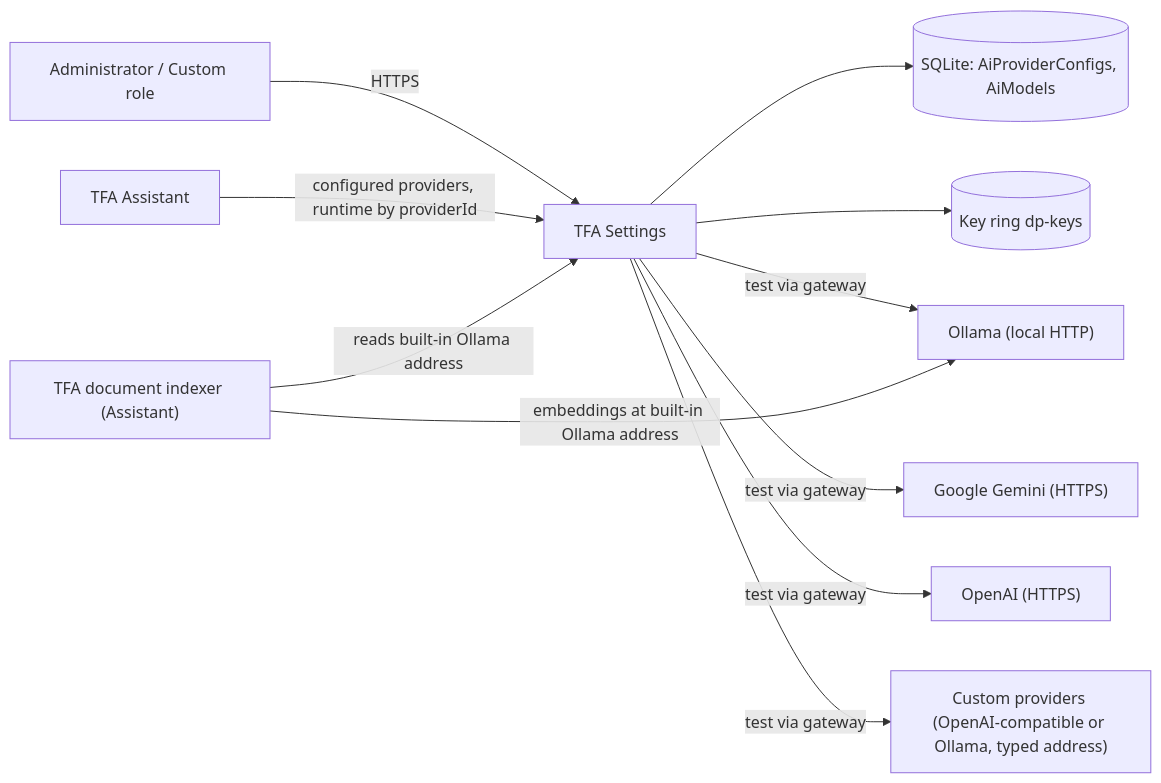
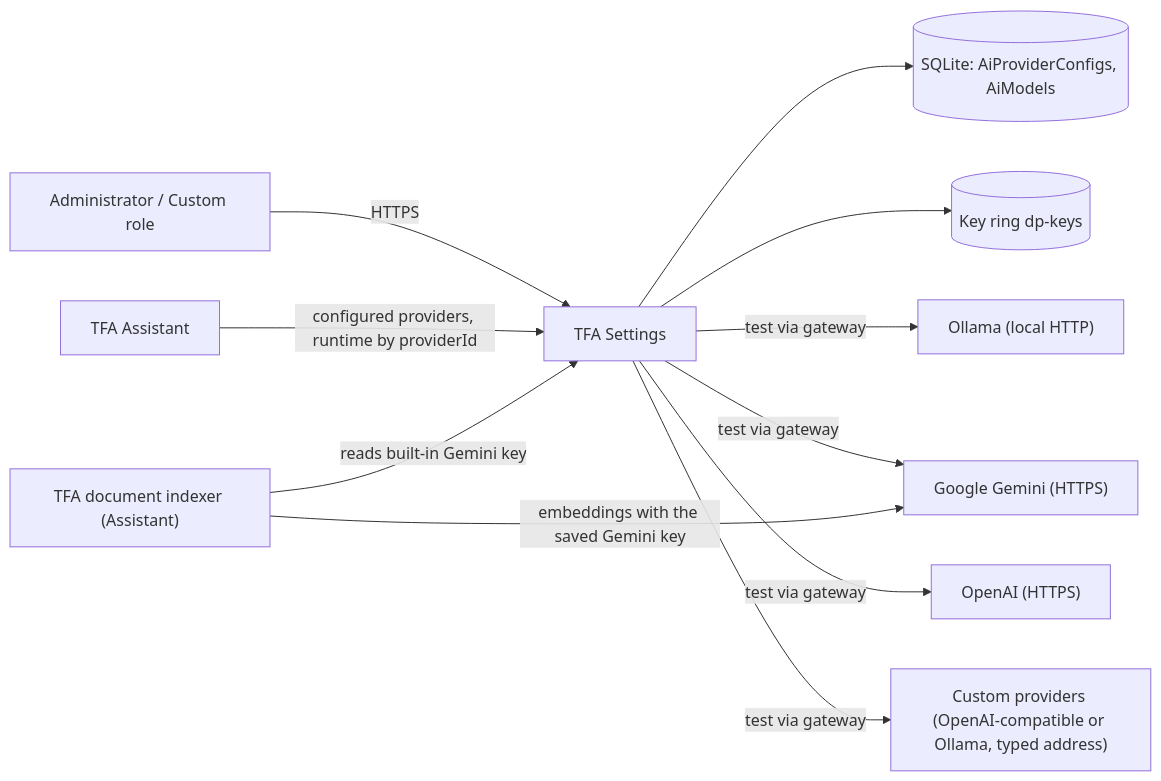
One commit to jojogeorge3344/TaskFlow-Project changed the first of 9 diagrams in TF - Documents/TF - HLD/06-Settings/06.3-TFA-Settings/HLD-TFA-Settings.md. Above: the diagram before and after it, drawn with Mermaid. The commit also changed other lines of this file and 65 other files, not shown here.

First line of the commit message:
feat(tfa): make Google Gemini the default chat provider and document embedding engine

````diff
--- a/TF - Documents/TF - HLD/06-Settings/06.3-TFA-Settings/HLD-TFA-Settings.md
+++ b/TF - Documents/TF - HLD/06-Settings/06.3-TFA-Settings/HLD-TFA-Settings.md
@@ -96,13 +96,13 @@
 ```mermaid
 flowchart LR
   ADM["Administrator / Custom role"] -->|"HTTPS"| TFAS["TFA Settings"]
   TFAS --> DB[("SQLite: AiProviderConfigs, AiModels")]
   TFAS --> KR[("Key ring dp-keys")]
   TFAS -->|"test via gateway"| OL["Ollama (local HTTP)"]
   TFAS -->|"test via gateway"| GE["Google Gemini (HTTPS)"]
   TFAS -->|"test via gateway"| OA["OpenAI (HTTPS)"]
   TFAS -->|"test via gateway"| CU["Custom providers (OpenAI-compatible or Ollama, typed address)"]
   TFA["TFA Assistant"] -->|"configured providers, runtime by providerId"| TFAS
-  IDX["TFA document indexer (Assistant)"] -->|"reads built-in Ollama address"| TFAS
-  IDX -->|"embeddings at built-in Ollama address"| OL
+  IDX["TFA document indexer (Assistant)"] -->|"reads built-in Gemini key"| TFAS
+  IDX -->|"embeddings with the saved Gemini key"| GE
 ```
````
